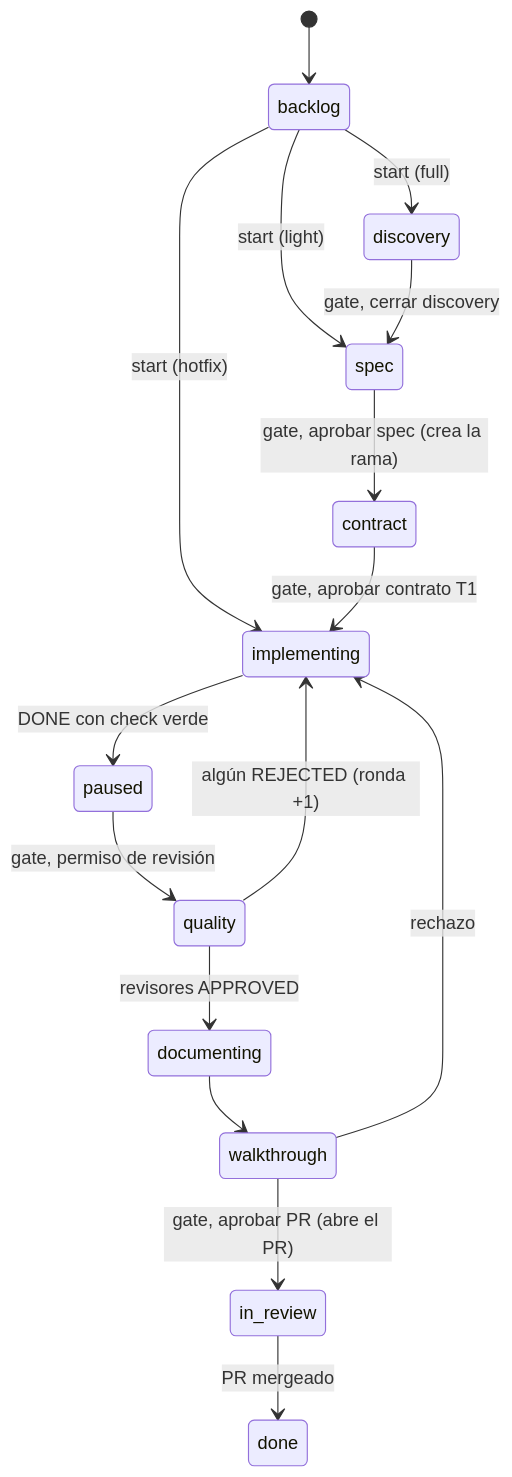
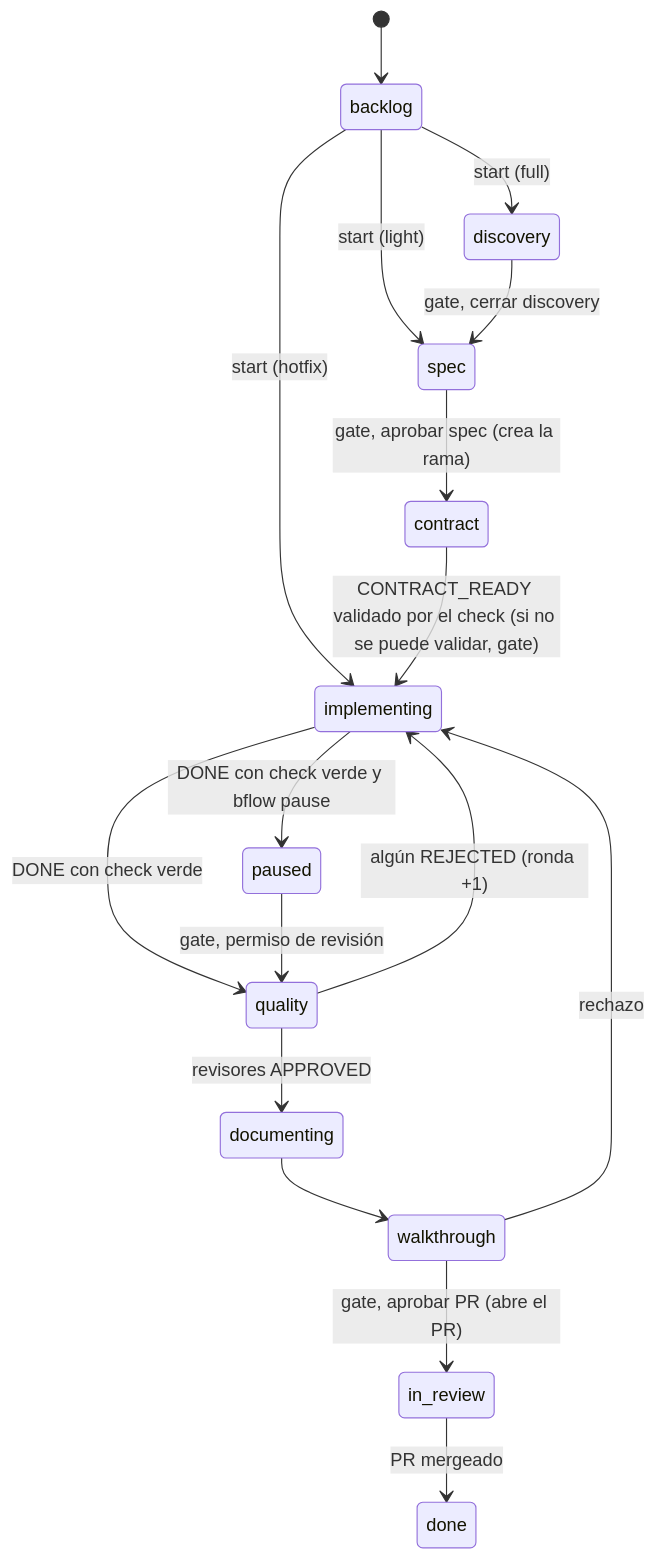
One commit to innobytestech/bflow changed the second of 2 diagrams in docs/conceptos.md. Above: the diagram before and after it, drawn with Mermaid. The commit also changed other lines of this file and 13 other files, not shown here.

Commit message:
feat(GH-153): comando pause, agentes y docs del full sin gates contract/pause

````diff
--- a/docs/conceptos.md
+++ b/docs/conceptos.md
@@ -45,18 +45,19 @@
 ```mermaid
 stateDiagram-v2
   [*] --> backlog
   backlog --> discovery: start (full)
   backlog --> spec: start (light)
   backlog --> implementing: start (hotfix)
   discovery --> spec: gate, cerrar discovery
   spec --> contract: gate, aprobar spec (crea la rama)
-  contract --> implementing: gate, aprobar contrato T1
-  implementing --> paused: DONE con check verde
+  contract --> implementing: CONTRACT_READY validado por el check (si no se puede validar, gate)
+  implementing --> quality: DONE con check verde
+  implementing --> paused: DONE con check verde y bflow pause
   paused --> quality: gate, permiso de revisión
   quality --> documenting: revisores APPROVED
   quality --> implementing: algún REJECTED (ronda +1)
   documenting --> walkthrough
   walkthrough --> in_review: gate, aprobar PR (abre el PR)
   walkthrough --> implementing: rechazo
   in_review --> done: PR mergeado
 ```
````
